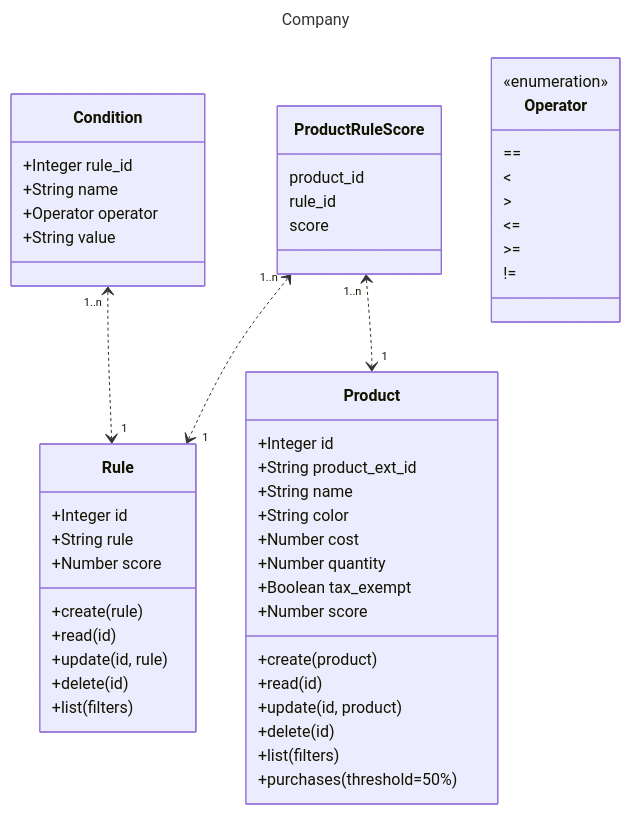
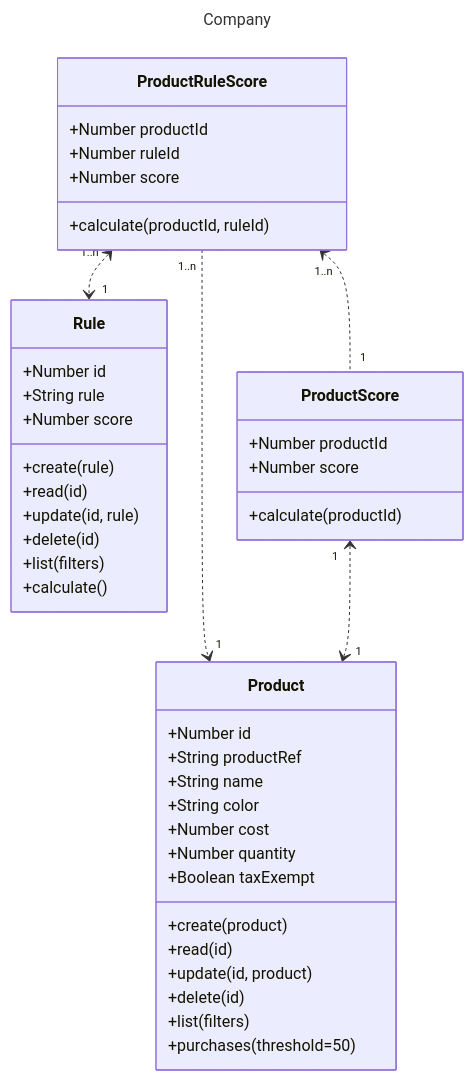
Before and after one commit to arthurvanduynhoven/salesman: the first of 4 diagrams in README.md, drawn with Mermaid. The commit also changed other lines of this file and 24 other files, not shown here.

````diff
--- a/README.md
+++ b/README.md
@@ -37,55 +47,48 @@
 ```mermaid
 ---
 title: Company
 ---
 classDiagram
     class Product
-        Product : +Integer id
-        Product : +String product_ext_id
+        Product : +Number id
+        Product : +String productRef
         Product : +String name
         Product : +String color
         Product : +Number cost
         Product : +Number quantity
-        Product : +Boolean tax_exempt
-        Product : +Number score
+        Product : +Boolean taxExempt
         Product : +create(product)
         Product : +read(id)
         Product : +update(id, product)
         Product : +delete(id)
         Product : +list(filters)
-        Product : +purchases(threshold=50%)
-
+        Product : +purchases(threshold=50)
+    
     class Rule
-        Rule : +Integer id
+        Rule : +Number id
         Rule : +String rule
         Rule : +Number score
         Rule : +create(rule)
         Rule : +read(id)
         Rule : +update(id, rule)
         Rule : +delete(id)
         Rule : +list(filters)
+        Rule : +calculate()
 
-    class Condition
-        Condition : +Integer rule_id
-        Condition : +String name
-        Condition : +Operator operator
-        Condition : +String value
-    
     class ProductRuleScore
-        ProductRuleScore : product_id
-        ProductRuleScore : rule_id
-        ProductRuleScore : score
+        ProductRuleScore : +Number productId
+        ProductRuleScore : +Number ruleId
+        ProductRuleScore : +Number score
+        ProductRuleScore : +calculate(productId, ruleId)
 
-    Condition "1..n" <..> "1" Rule
+    class ProductScore
+        ProductScore : +Number productId
+        ProductScore : +Number score
+        ProductScore : +calculate(productId)
+
     ProductRuleScore "1..n" <..> "1" Rule
-    ProductRuleScore "1..n" <..> "1" Product
-    
-    class Operator
-        <<enumeration>> Operator
-        Operator : ==
-        Operator : <
-        Operator : >
-        Operator : <=
-        Operator : >=
-        Operator : !=
+    ProductRuleScore "1..n" ..> "1" Product
+    ProductRuleScore "1..n" <.. "1" ProductScore
+    ProductScore "1" <..> "1" Product
+
 ```
````
